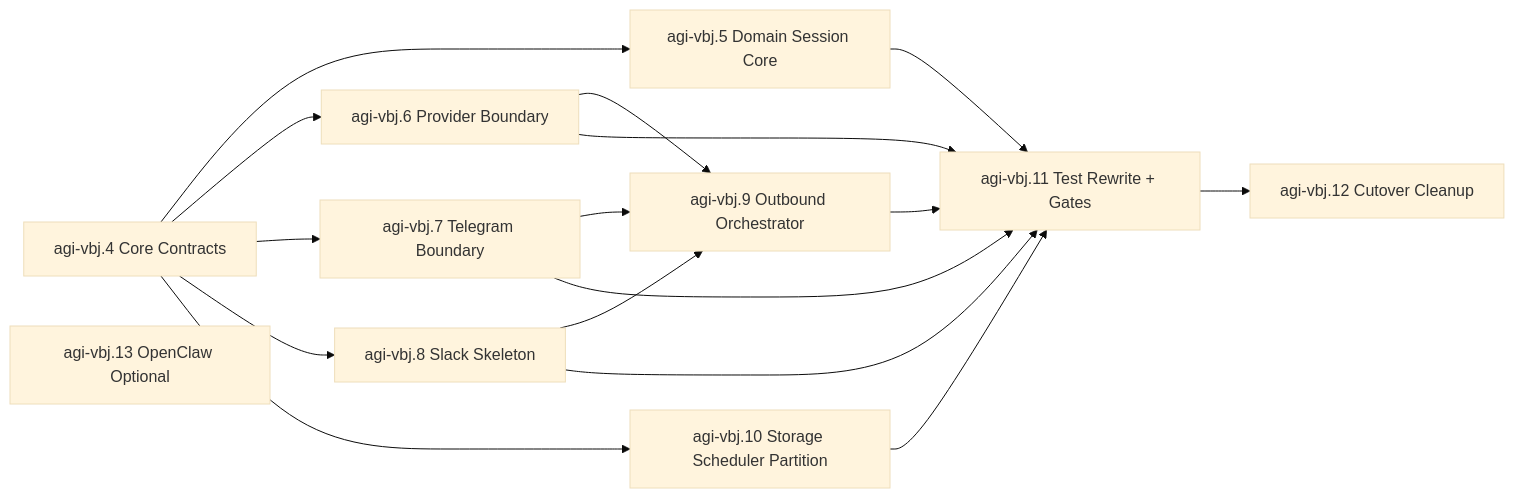
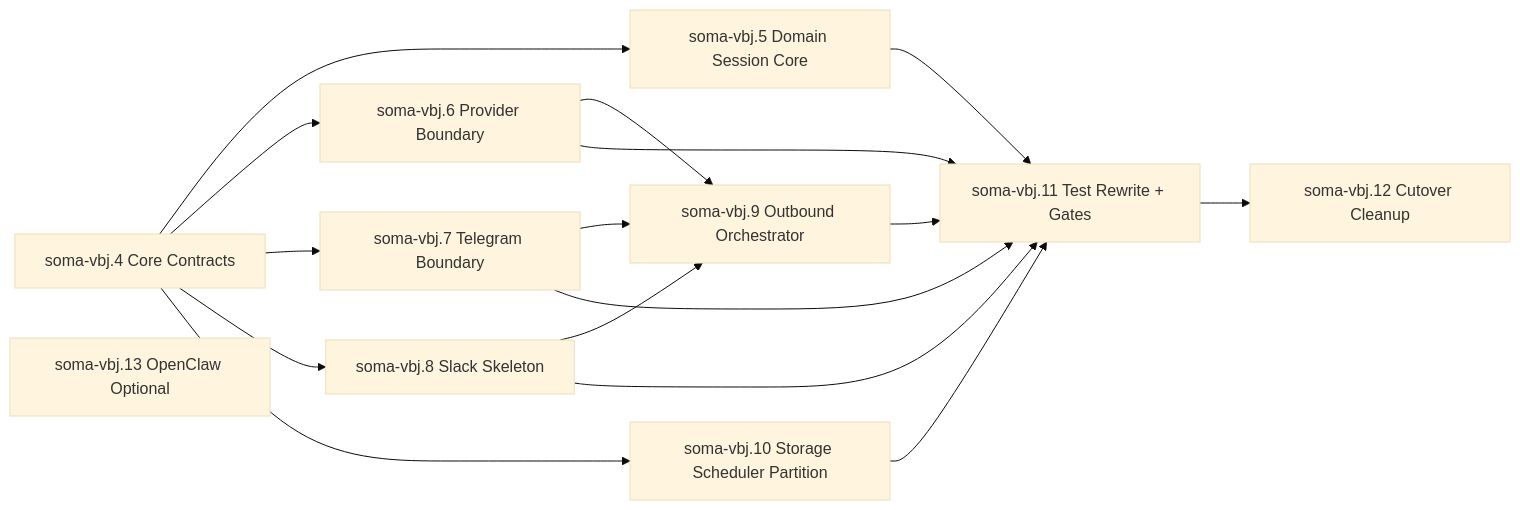
The diagram in docs/refactor-v3-issue-plan.md (2lab-ai/soma), drawn with Mermaid (base theme) before and after one commit. The commit also changed other lines of this file and 4 other files, not shown here.

````diff
--- a/docs/refactor-v3-issue-plan.md
+++ b/docs/refactor-v3-issue-plan.md
@@ -22,29 +23,29 @@
 ```mermaid
 flowchart LR
-  E1["agi-vbj.4 Core Contracts"]
-  E2["agi-vbj.5 Domain Session Core"]
-  E3["agi-vbj.6 Provider Boundary"]
-  E4["agi-vbj.7 Telegram Boundary"]
-  E5["agi-vbj.8 Slack Skeleton"]
-  E6["agi-vbj.10 Storage Scheduler Partition"]
-  E7["agi-vbj.9 Outbound Orchestrator"]
-  E8["agi-vbj.11 Test Rewrite + Gates"]
-  E9["agi-vbj.12 Cutover Cleanup"]
-  X["agi-vbj.13 OpenClaw Optional"]
+  E1["soma-vbj.4 Core Contracts"]
+  E2["soma-vbj.5 Domain Session Core"]
+  E3["soma-vbj.6 Provider Boundary"]
+  E4["soma-vbj.7 Telegram Boundary"]
+  E5["soma-vbj.8 Slack Skeleton"]
+  E6["soma-vbj.10 Storage Scheduler Partition"]
+  E7["soma-vbj.9 Outbound Orchestrator"]
+  E8["soma-vbj.11 Test Rewrite + Gates"]
+  E9["soma-vbj.12 Cutover Cleanup"]
+  X["soma-vbj.13 OpenClaw Optional"]
 
   E1 --> E2
   E1 --> E3
   E1 --> E4
   E1 --> E5
   E1 --> E6
   E3 --> E7
   E4 --> E7
   E5 --> E7
   E2 --> E8
   E3 --> E8
   E4 --> E8
   E5 --> E8
   E6 --> E8
   E7 --> E8
   E8 --> E9
 ```
````
